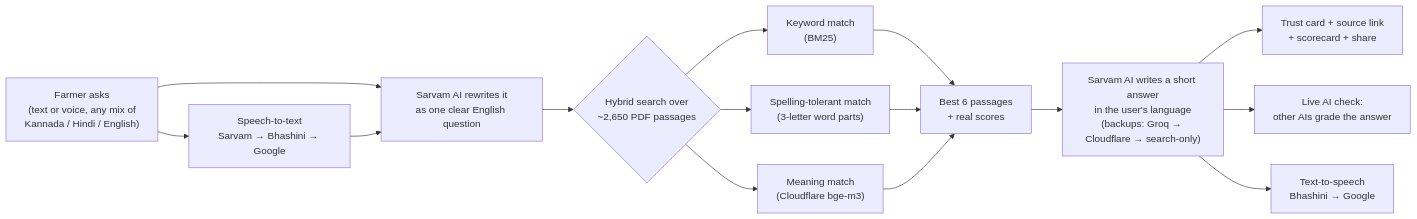
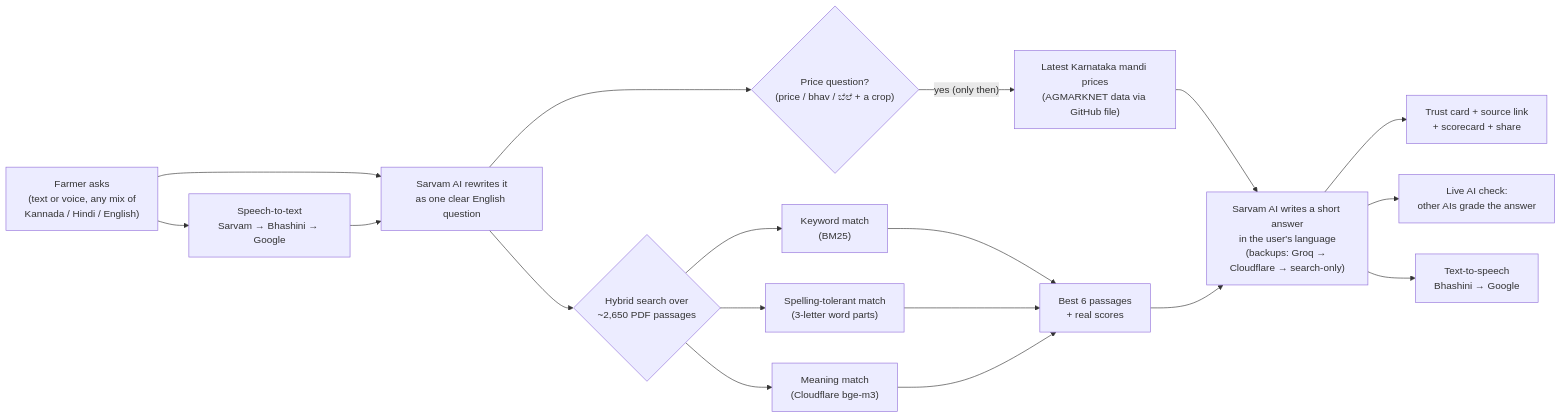
One commit to Anadijain1234/Sahakar-Sahayak changed the first of 2 diagrams in README.md. Above: the diagram before and after it, drawn with Mermaid. The commit also changed other lines of this file and 12 other files, not shown here.

Commit message:
Mandi prices for price questions only + forgot password

````diff
--- a/README.md
+++ b/README.md
@@ -62,15 +64,18 @@
 ```mermaid
 flowchart LR
     A["Farmer asks<br/>(text or voice, any mix of<br/>Kannada / Hindi / English)"] --> B["Speech-to-text<br/>Sarvam → Bhashini → Google"]
     A --> C
     B --> C["Sarvam AI rewrites it<br/>as one clear English question"]
     C --> D{"Hybrid search over<br/>~2,650 PDF passages"}
     D --> D1["Keyword match<br/>(BM25)"]
     D --> D2["Spelling-tolerant match<br/>(3-letter word parts)"]
     D --> D3["Meaning match<br/>(Cloudflare bge-m3)"]
     D1 & D2 & D3 --> E["Best 6 passages<br/>+ real scores"]
+    C --> P{"Price question?<br/>(price / bhav / ಬೆಲೆ + a crop)"}
+    P -- "yes (only then)" --> P1["Latest Karnataka mandi prices<br/>(AGMARKNET data via GitHub file)"]
+    P1 --> F
     E --> F["Sarvam AI writes a short answer<br/>in the user's language<br/>(backups: Groq → Cloudflare → search-only)"]
     F --> G["Trust card + source link<br/>+ scorecard + share"]
     F --> J["Live AI check:<br/>other AIs grade the answer"]
     F --> H["Text-to-speech<br/>Bhashini → Google"]
 ```
````
